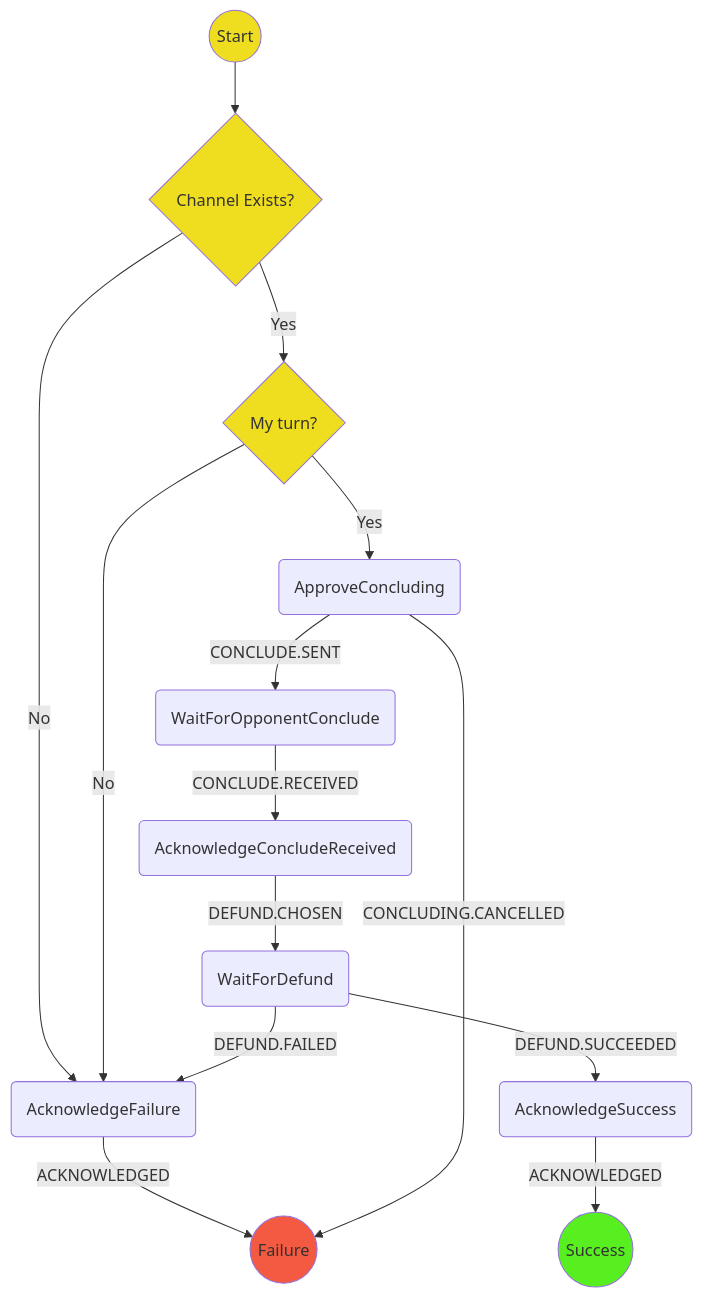
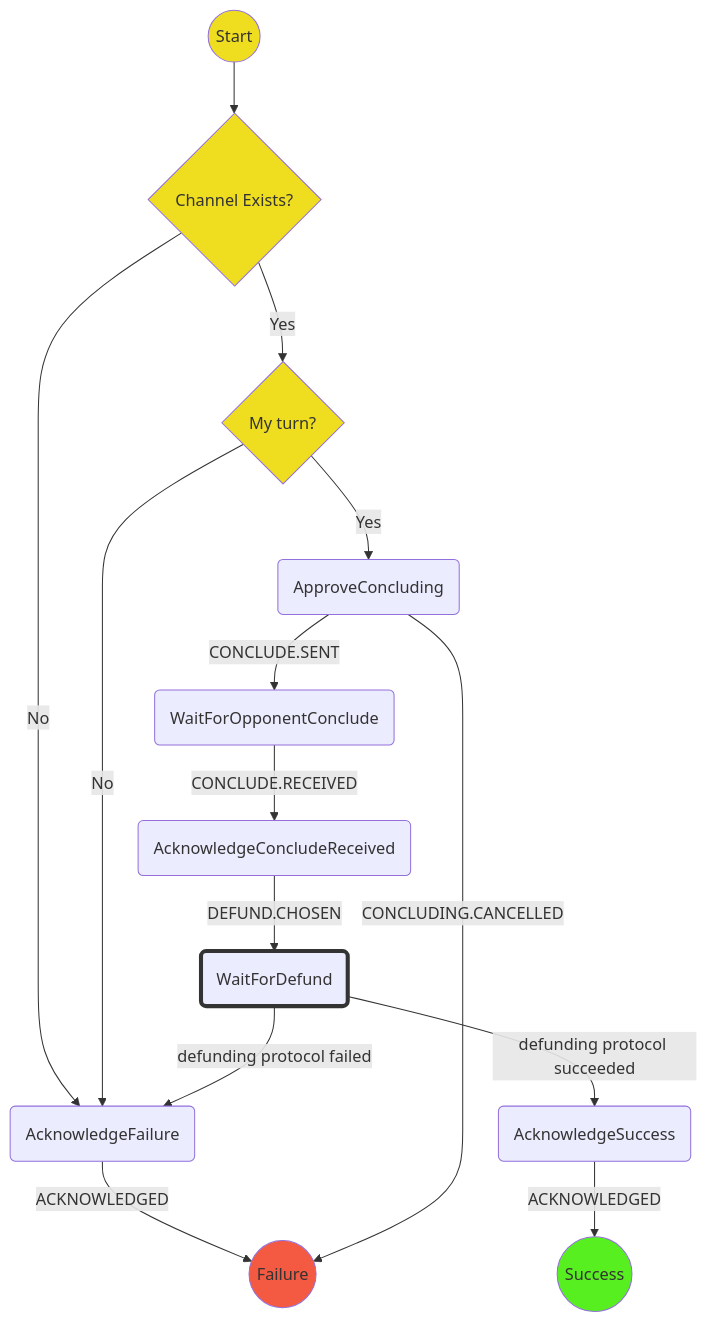
One commit to magmo/apps changed the first of 2 diagrams in packages/wallet/src/redux/protocols/concluding/readme.md. Above: the diagram before and after it, drawn with Mermaid. The commit also changed other lines of this file and 12 other files, not shown here.

````diff
--- a/packages/wallet/src/redux/protocols/concluding/readme.md
+++ b/packages/wallet/src/redux/protocols/concluding/readme.md
@@ -21,21 +21,22 @@
 ```mermaid
 graph TD
   S((Start)) --> E{Channel Exists?}
   E --> |No| AF(AcknowledgeFailure)
   AF -->|ACKNOWLEDGED| F((Failure))
   E --> |Yes| MT{My turn?}
   MT  --> |Yes| CC(ApproveConcluding)
   MT  --> |No| AF(AcknowledgeFailure)
   CC  --> |CONCLUDING.CANCELLED| F
   CC  --> |CONCLUDE.SENT| WOC(WaitForOpponentConclude)
   WOC --> |CONCLUDE.RECEIVED| ACR(AcknowledgeConcludeReceived)
   ACR --> |DEFUND.CHOSEN| D(WaitForDefund)
-  D   --> |DEFUND.SUCCEEDED| AS(AcknowledgeSuccess)
+  D   --> |defunding protocol succeeded| AS(AcknowledgeSuccess)
   AS -->  |ACKNOWLEDGED| SS((Success))
-  D   --> |DEFUND.FAILED| AF(AcknowledgeFailure)
+  D   --> |defunding protocol failed| AF(AcknowledgeFailure)
   style S  fill:#efdd20
   style E  fill:#efdd20
   style MT fill:#efdd20
   style SS fill:#58ef21
   style F  fill:#f45941
+  style D stroke:#333,stroke-width:4px
 ```
````
